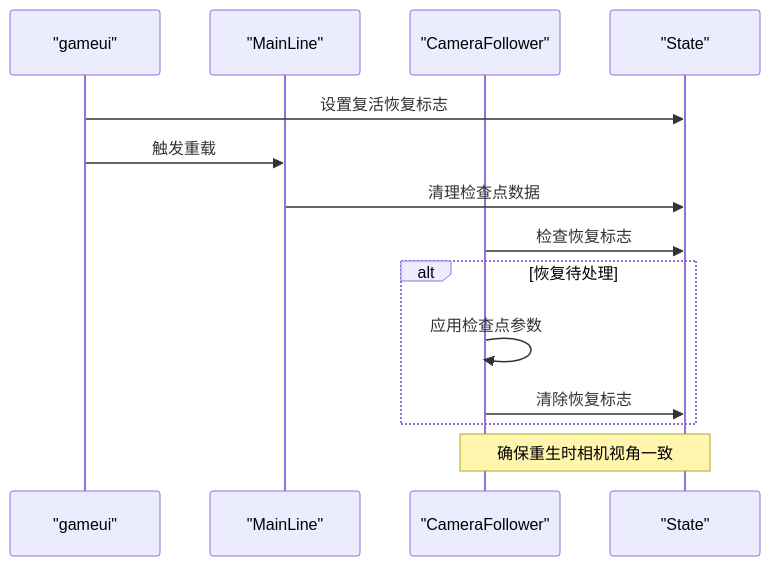
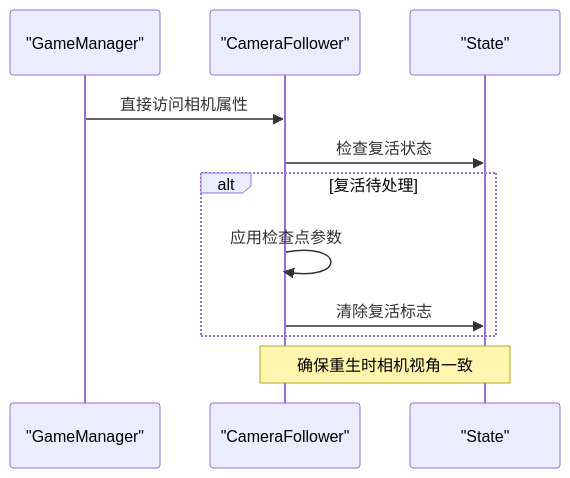
Before and after one commit to godotline/godot-line: the seventh of 12 diagrams in .qoder/repowiki/zh/content/游戏系统/相机系统/相机跟随系统.md, drawn with Mermaid. The commit also changed other lines of this file and 10 other files, not shown here.

````diff
--- a/.qoder/repowiki/zh/content/游戏系统/相机系统/相机跟随系统.md
+++ b/.qoder/repowiki/zh/content/游戏系统/相机系统/相机跟随系统.md
@@ -292,16 +303,13 @@
 ```mermaid
 sequenceDiagram
-participant UI as "gameui"
-participant ML as "MainLine"
+participant GM as "GameManager"
 participant CF as "CameraFollower"
 participant ST as "State"
-UI->>ST : 设置复活恢复标志
-UI->>ML : 触发重载
-ML->>ST : 清理检查点数据
-CF->>ST : 检查恢复标志
-alt 恢复待处理
+GM->>CF : 直接访问相机属性
+CF->>ST : 检查复活状态
+alt 复活待处理
 CF->>CF : 应用检查点参数
-CF->>ST : 清除恢复标志
+CF->>ST : 清除复活标志
 end
 Note over CF,ST : 确保重生时相机视角一致
 ```
````
